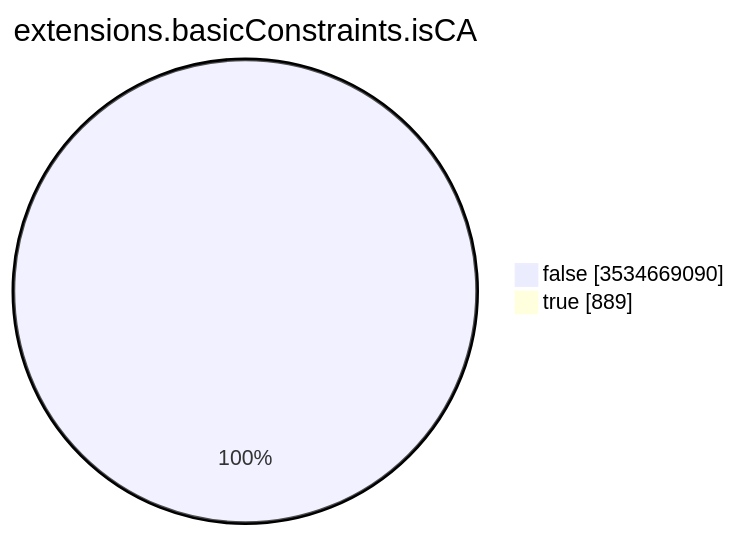
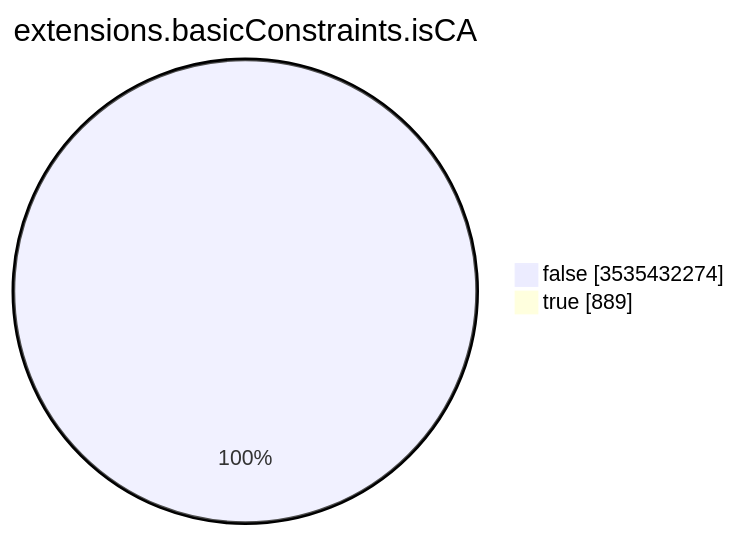
One commit to christiankrug/ctmonitor_visualization changed the seventh of 15 diagrams in TOTAL/README.md. Above: the diagram before and after it, drawn with Mermaid. The commit also changed other lines of this file, not shown here.

````diff
--- a/TOTAL/README.md
+++ b/TOTAL/README.md
@@ -3094,6 +3094,6 @@
 ```mermaid
 pie showData
 title extensions.basicConstraints.isCA
-"false" :3534669090
+"false" :3535432274
 "true" :889
 ```
````
